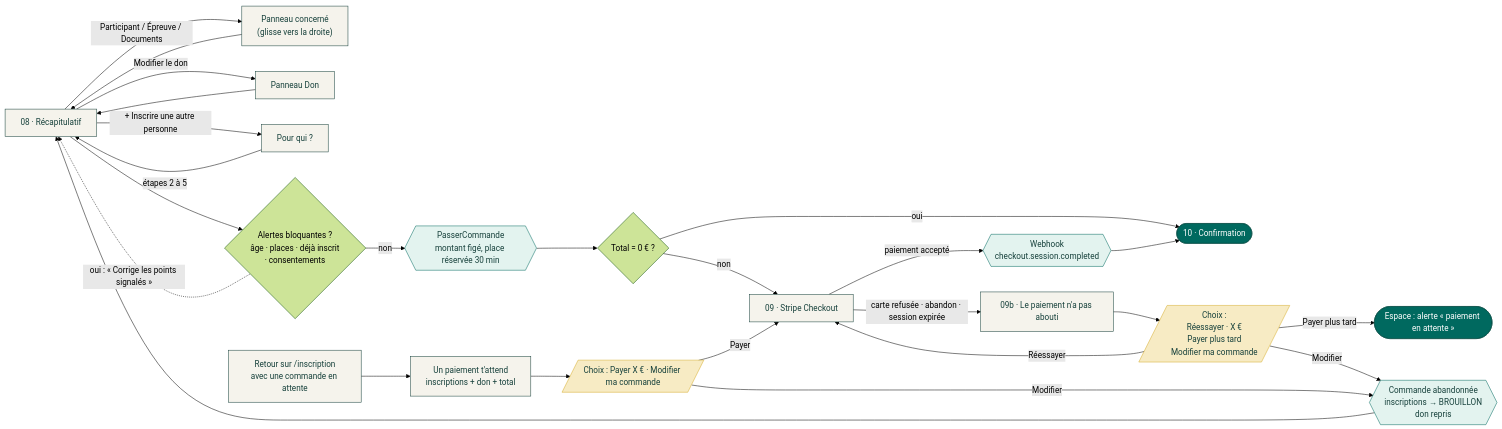
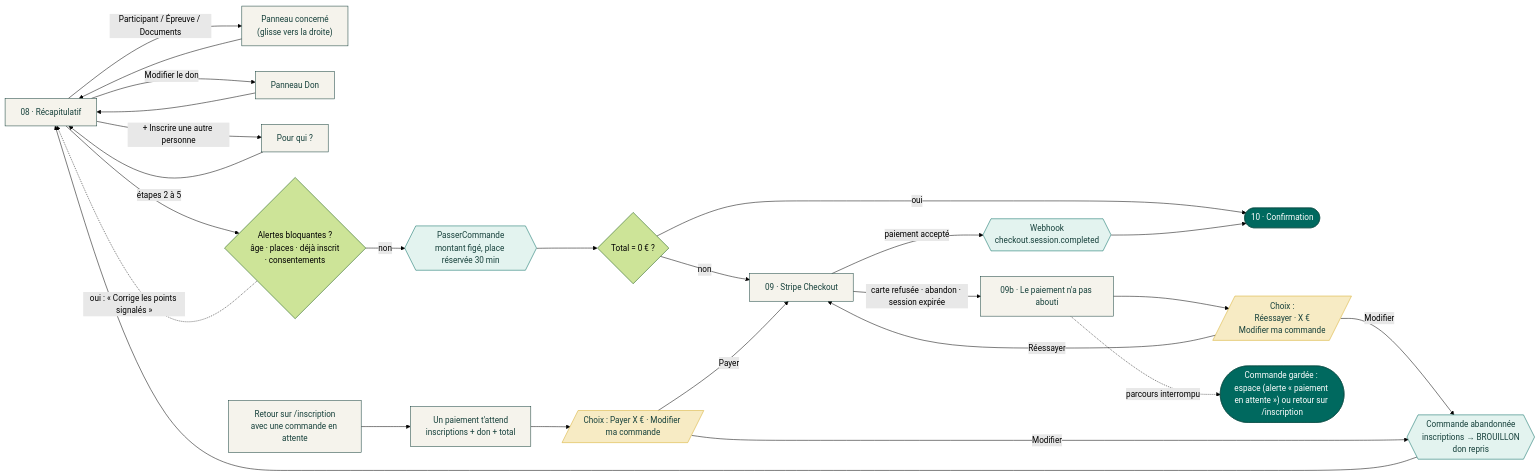
The third of 5 diagrams in docs/parcours-utilisateur.md (OanHamon/Run_For_Lorene), drawn with Mermaid (forest theme) before and after one commit. The commit also changed other lines of this file and 5 other files, not shown here.

First line of the commit message:
Plus d'invitation à payer ou remplir les documents plus tard

````diff
--- a/docs/parcours-utilisateur.md
+++ b/docs/parcours-utilisateur.md
@@ -155,35 +155,35 @@
 ```mermaid
 flowchart LR
     classDef ecran fill:#F5F3EC,stroke:#16403B,color:#16403B
     classDef saisie fill:#F7EBC4,stroke:#D6AD2B,color:#16403B
     classDef serveur fill:#E3F3EF,stroke:#00695F,color:#16403B
     classDef fin fill:#00695F,stroke:#0B4F48,color:#FFFFFF
 
     R["08 · Récapitulatif"]:::ecran
     R -->|"Participant / Épreuve / Documents"| MOD["Panneau concerné<br/>(glisse vers la droite)"]:::ecran
     R -->|"Modifier le don"| MD["Panneau Don"]:::ecran
     R -->|"+ Inscrire une autre personne"| QUI["Pour qui ?"]:::ecran
     MOD --> R
     MD --> R
     QUI -->|"étapes 2 à 5"| R
 
     R --> AL{"Alertes bloquantes ?<br/>âge · places · déjà inscrit<br/>· consentements"}
     AL -.->|"oui : « Corrige les points signalés »"| R
     AL -->|non| CMD{{"PasserCommande<br/>montant figé, place réservée 30 min"}}:::serveur
     CMD --> Z{"Total = 0 € ?"}
     Z -->|oui| CONF
     Z -->|non| PAY["09 · Stripe Checkout"]:::ecran
 
     PAY -->|"paiement accepté"| WH{{"Webhook<br/>checkout.session.completed"}}:::serveur
     WH --> CONF(["10 · Confirmation"]):::fin
     PAY -->|"carte refusée · abandon · session expirée"| ECH["09b · Le paiement n'a pas abouti"]:::ecran
-    ECH --> ECH1[/"Choix :<br/>Réessayer · X €<br/>Payer plus tard<br/>Modifier ma commande"/]:::saisie
+    ECH --> ECH1[/"Choix :<br/>Réessayer · X €<br/>Modifier ma commande"/]:::saisie
     ECH1 -->|"Réessayer"| PAY
-    ECH1 -->|"Payer plus tard"| ESP(["Espace : alerte « paiement en attente »"]):::fin
+    ECH -.->|"parcours interrompu"| ESP(["Commande gardée : espace (alerte « paiement en attente ») ou retour sur /inscription"]):::fin
     ECH1 -->|"Modifier"| AB{{"Commande abandonnée<br/>inscriptions → BROUILLON<br/>don repris"}}:::serveur --> R
 
     RET["Retour sur /inscription<br/>avec une commande en attente"]:::ecran --> ATT["Un paiement t'attend<br/>inscriptions + don + total"]:::ecran
     ATT --> ATT1[/"Choix : Payer X € · Modifier ma commande"/]:::saisie
     ATT1 -->|"Payer"| PAY
     ATT1 -->|"Modifier"| AB
 ```
````
